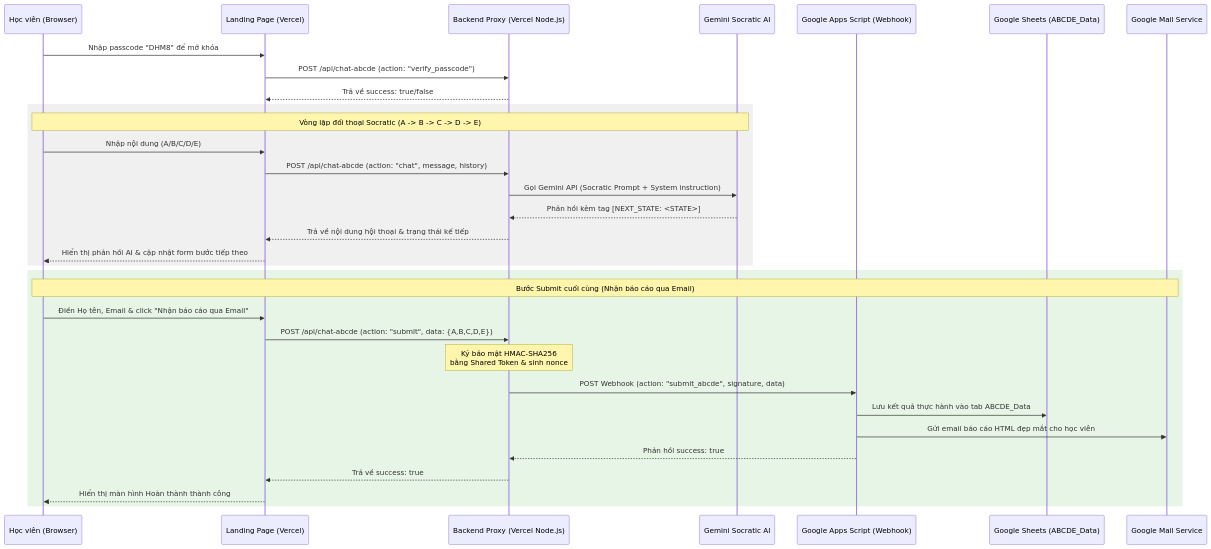
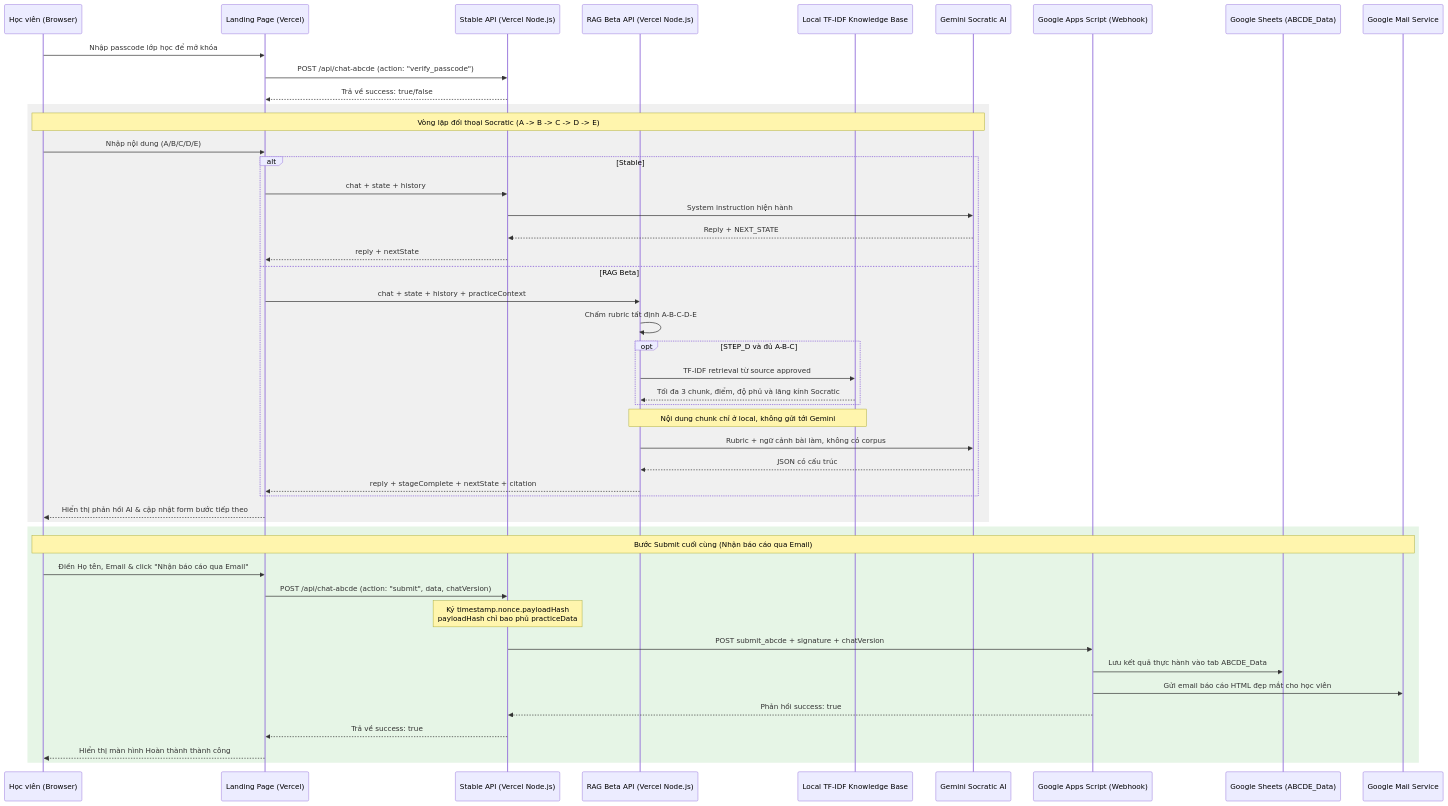
The third of 4 diagrams in docs/system-architecture.md (culturecodefeedforward/DeliveringHappiness), drawn with Mermaid before and after one commit. The commit also changed other lines of this file and 28 other files, not shown here.

Commit message:
feat(abcde): harden RAG beta production path

````diff
--- a/docs/system-architecture.md
+++ b/docs/system-architecture.md
@@ -65,37 +65,52 @@
 ```mermaid
 sequenceDiagram
     participant User as Học viên (Browser)
     participant Web as Landing Page (Vercel)
-    participant Proxy as Backend Proxy (Vercel Node.js)
+    participant Stable as Stable API (Vercel Node.js)
+    participant Beta as RAG Beta API (Vercel Node.js)
+    participant KB as Local TF-IDF Knowledge Base
     participant Gemini as Gemini Socratic AI
     participant GAS as Google Apps Script (Webhook)
     participant Sheet as Google Sheets (ABCDE_Data)
     participant Gmail as Google Mail Service
 
-    User->>Web: Nhập passcode "DHM8" để mở khóa
-    Web->>Proxy: POST /api/chat-abcde (action: "verify_passcode")
-    Proxy-->>Web: Trả về success: true/false
+    User->>Web: Nhập passcode lớp học để mở khóa
+    Web->>Stable: POST /api/chat-abcde (action: "verify_passcode")
+    Stable-->>Web: Trả về success: true/false
     
     rect rgb(240, 240, 240)
         Note over User,Gemini: Vòng lặp đối thoại Socratic (A -> B -> C -> D -> E)
         User->>Web: Nhập nội dung (A/B/C/D/E)
-        Web->>Proxy: POST /api/chat-abcde (action: "chat", message, history)
-        Proxy->>Gemini: Gọi Gemini API (Socratic Prompt + System instruction)
-        Gemini-->>Proxy: Phản hồi kèm tag [NEXT_STATE: <STATE>]
-        Proxy-->>Web: Trả về nội dung hội thoại & trạng thái kế tiếp
+        alt Stable
+            Web->>Stable: chat + state + history
+            Stable->>Gemini: System instruction hiện hành
+            Gemini-->>Stable: Reply + NEXT_STATE
+            Stable-->>Web: reply + nextState
+        else RAG Beta
+            Web->>Beta: chat + state + history + practiceContext
+            Beta->>Beta: Chấm rubric tất định A-B-C-D-E
+            opt STEP_D và đủ A-B-C
+                Beta->>KB: TF-IDF retrieval từ source approved
+                KB-->>Beta: Tối đa 3 chunk, điểm, độ phủ và lăng kính Socratic
+            end
+            Note over Beta,KB: Nội dung chunk chỉ ở local, không gửi tới Gemini
+            Beta->>Gemini: Rubric + ngữ cảnh bài làm, không có corpus
+            Gemini-->>Beta: JSON có cấu trúc
+            Beta-->>Web: reply + stageComplete + nextState + citation
+        end
         Web-->>User: Hiển thị phản hồi AI & cập nhật form bước tiếp theo
     end
 
     rect rgb(230, 245, 230)
         Note over User,Gmail: Bước Submit cuối cùng (Nhận báo cáo qua Email)
         User->>Web: Điền Họ tên, Email & click "Nhận báo cáo qua Email"
-        Web->>Proxy: POST /api/chat-abcde (action: "submit", data: {A,B,C,D,E})
-        Note over Proxy: Ký bảo mật HMAC-SHA256<br/>bằng Shared Token & sinh nonce
-        Proxy->>GAS: POST Webhook (action: "submit_abcde", signature, data)
+        Web->>Stable: POST /api/chat-abcde (action: "submit", data, chatVersion)
+        Note over Stable: Ký timestamp.nonce.payloadHash<br/>payloadHash chỉ bao phủ practiceData
+        Stable->>GAS: POST submit_abcde + signature + chatVersion
         GAS->>Sheet: Lưu kết quả thực hành vào tab ABCDE_Data
         GAS->>Gmail: Gửi email báo cáo HTML đẹp mắt cho học viên
-        GAS-->>Proxy: Phản hồi success: true
-        Proxy-->>Web: Trả về success: true
+        GAS-->>Stable: Phản hồi success: true
+        Stable-->>Web: Trả về success: true
         Web-->>User: Hiển thị màn hình Hoàn thành thành công
     end
 ```
````
